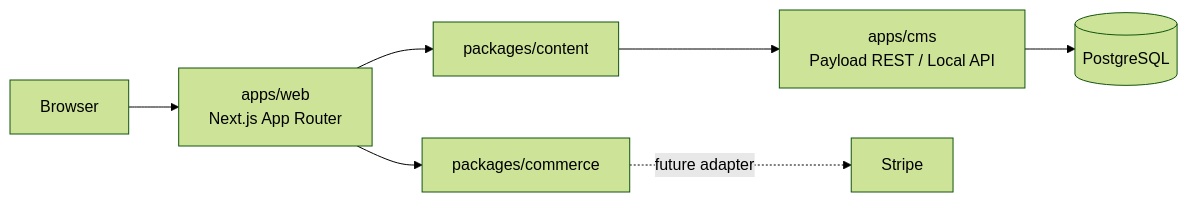
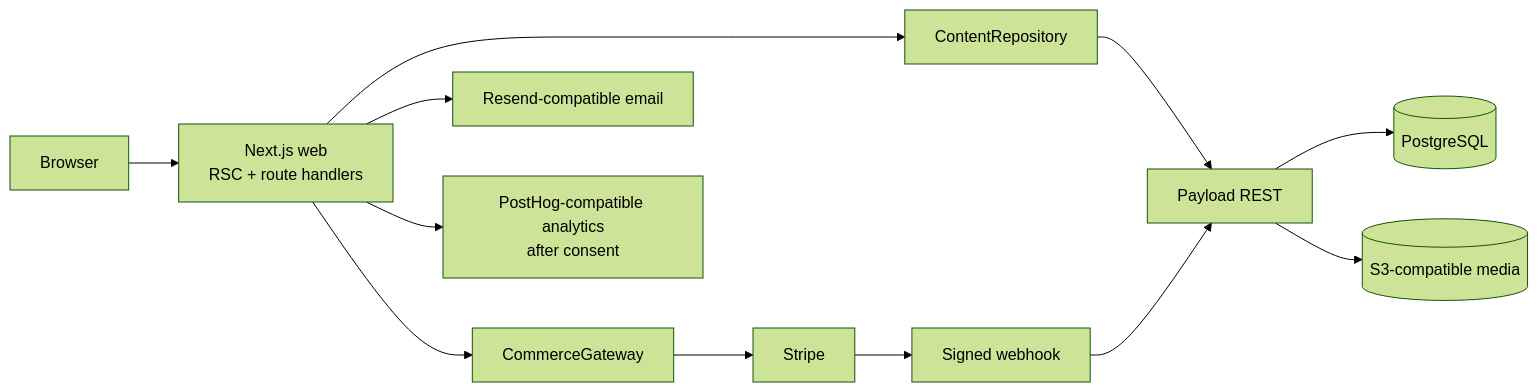
Before and after one commit to pixart-web/Terrova: the diagram in docs/architecture.md, drawn with Mermaid (forest theme). The commit also changed other lines of this file and 126 other files, not shown here.

````diff
--- a/docs/architecture.md
+++ b/docs/architecture.md
@@ -7,9 +7,14 @@
 ```mermaid
 flowchart LR
-  Browser --> Web[apps/web\nNext.js App Router]
-  Web --> Content[packages/content]
-  Content --> CMS[apps/cms\nPayload REST / Local API]
+  Browser --> Web[Next.js web\nRSC + route handlers]
+  Web --> Content[ContentRepository]
+  Content --> CMS[Payload REST]
   CMS --> PG[(PostgreSQL)]
-  Web --> Commerce[packages/commerce]
-  Commerce -. future adapter .-> Stripe[Stripe]
+  CMS --> S3[(S3-compatible media)]
+  Web --> Commerce[CommerceGateway]
+  Commerce --> Stripe[Stripe]
+  Stripe --> Hook[Signed webhook]
+  Hook --> CMS
+  Web --> Email[Resend-compatible email]
+  Web --> Analytics[PostHog-compatible analytics\nafter consent]
 ```
````
